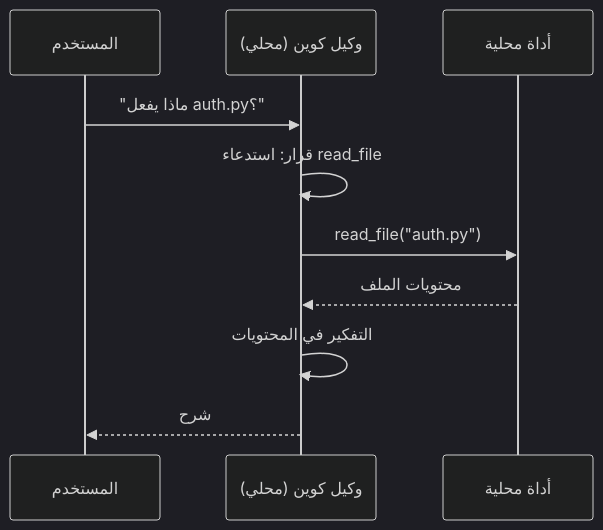
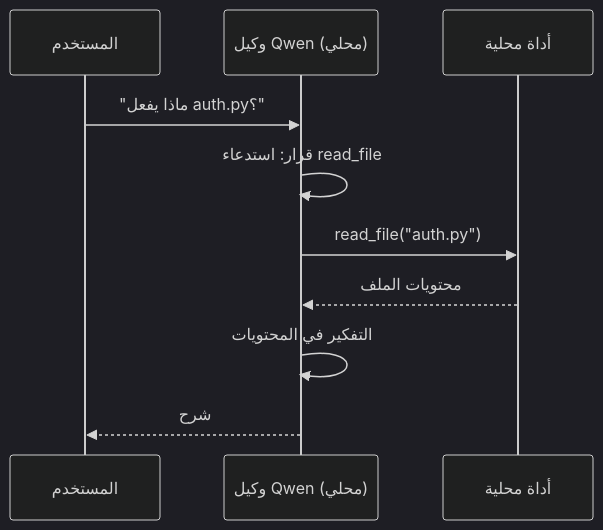
Before and after one commit to gabrielmoreira/agent-skills-mirror: the second of 4 diagrams in mirrors/repos/microsoft@ai-agents-for-beginners/translations/ar/17-creating-local-ai-agents/README.md, drawn with Mermaid (dark theme). The commit also changed other lines of this file and 4262 other files, not shown here.

````diff
--- a/mirrors/repos/microsoft@ai-agents-for-beginners/translations/ar/17-creating-local-ai-agents/README.md
+++ b/mirrors/repos/microsoft@ai-agents-for-beginners/translations/ar/17-creating-local-ai-agents/README.md
@@ -106,12 +106,12 @@
 ```mermaid
 sequenceDiagram
     participant U as المستخدم
-    participant A as وكيل كوين (محلي)
+    participant A as وكيل Qwen (محلي)
     participant T as أداة محلية
     U->>A: "ماذا يفعل auth.py؟"
     A->>A: قرار: استدعاء read_file
     A->>T: read_file("auth.py")
     T-->>A: محتويات الملف
     A->>A: التفكير في المحتويات
     A-->>U: شرح
 ```
````
